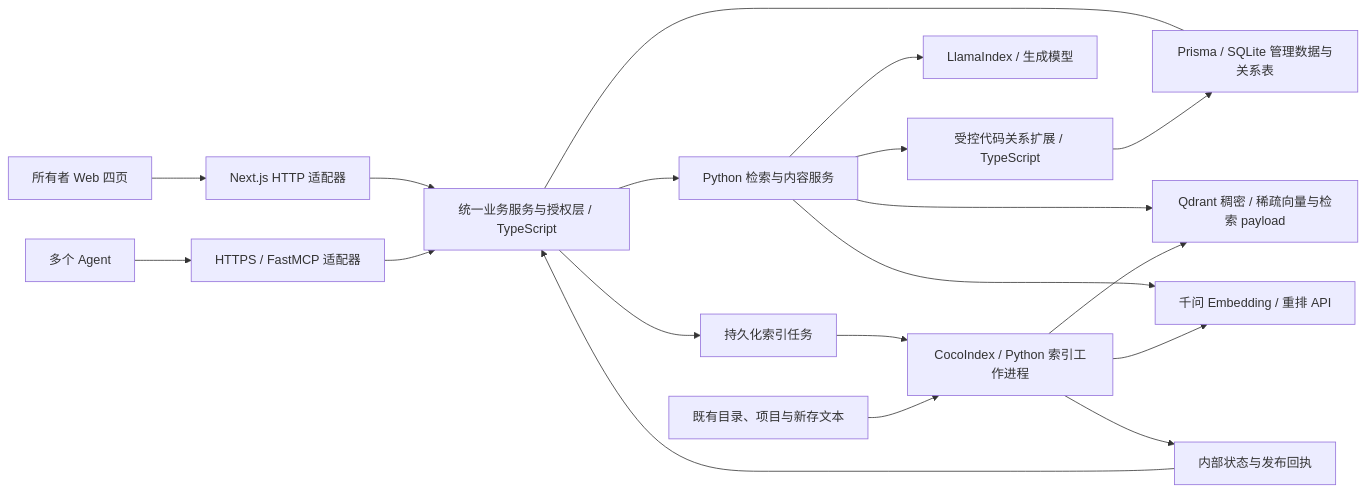
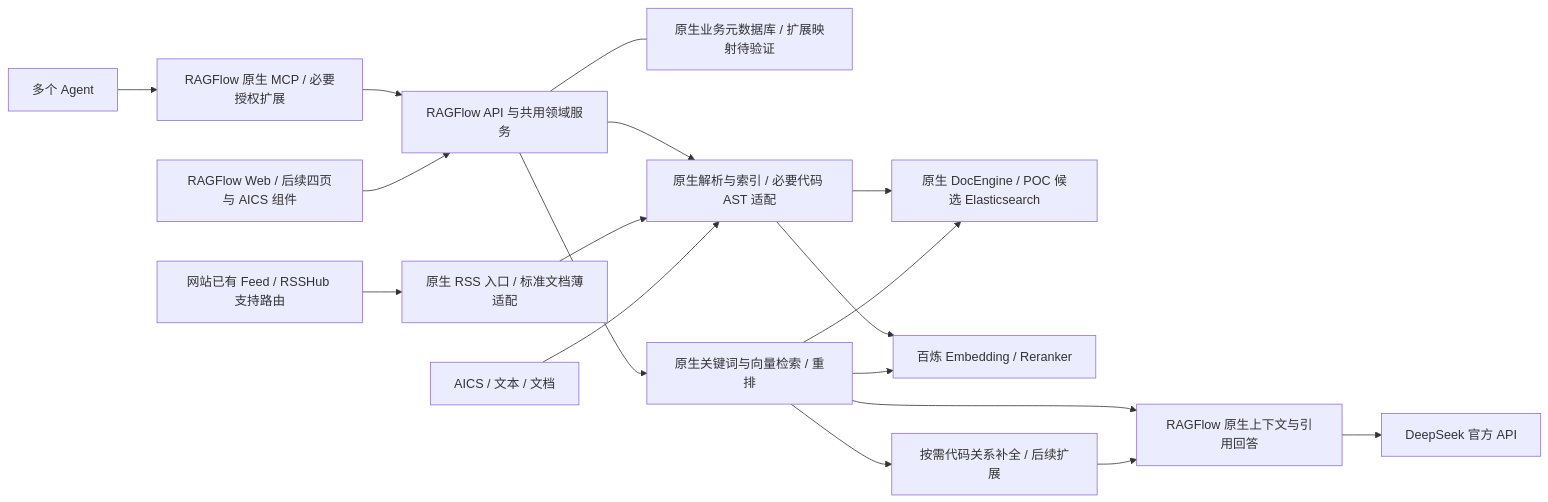
One commit to LFenX/LFen.s-Second-Brain changed the first of 7 diagrams in 本地第二大脑知识库技术方案.md. Above: the diagram before and after it, drawn with Mermaid. The commit also changed other lines of this file and 5248 other files, not shown here.

```diff
--- a/本地第二大脑知识库技术方案.md
+++ b/本地第二大脑知识库技术方案.md
@@ -112,21 +118,20 @@
 ~~~mermaid
 flowchart LR
-    W["所有者 Web 四页"] --> H["Next.js HTTP 适配器"]
-    A["多个 Agent"] --> M["HTTPS / FastMCP 适配器"]
-    H --> B["统一业务服务与授权层 / TypeScript"]
+    W["RAGFlow Web / 后续四页与 AICS 组件"] --> B["RAGFlow API 与共用领域服务"]
+    A["多个 Agent"] --> M["RAGFlow 原生 MCP / 必要授权扩展"]
     M --> B
-    B --- S["Prisma / SQLite 管理数据与关系表"]
-    R --> G["受控代码关系扩展 / TypeScript"]
-    G --> S
-    B --> R["Python 检索与内容服务"]
-    R --> D["Qdrant 稠密 / 稀疏向量与检索 payload"]
-    R --> E["千问 Embedding / 重排 API"]
-    R --> L["LlamaIndex / 生成模型"]
-    B --> J["持久化索引任务"]
-    J --> C["CocoIndex / Python 索引工作进程"]
-    F["既有目录、项目与新存文本"] --> C
+    B --- S["原生业务元数据库 / 扩展映射待验证"]
+    B --> R["原生关键词与向量检索 / 重排"]
+    R --> D["原生 DocEngine / POC 候选 Elasticsearch"]
+    R --> E["百炼 Embedding / Reranker"]
+    R --> G["按需代码关系补全 / 后续扩展"]
+    G --> L["RAGFlow 原生上下文与引用回答"]
+    R --> L
+    L --> DS["DeepSeek 官方 API"]
+    F["AICS / 文本 / 文档"] --> C["原生解析与索引 / 必要代码 AST 适配"]
+    H["网站已有 Feed / RSSHub 支持路由"] --> N["原生 RSS 入口 / 标准文档薄适配"]
+    N --> C
+    B --> C
     C --> E
     C --> D
-    C --> U["内部状态与发布回执"]
-    U --> B
 ~~~
```
